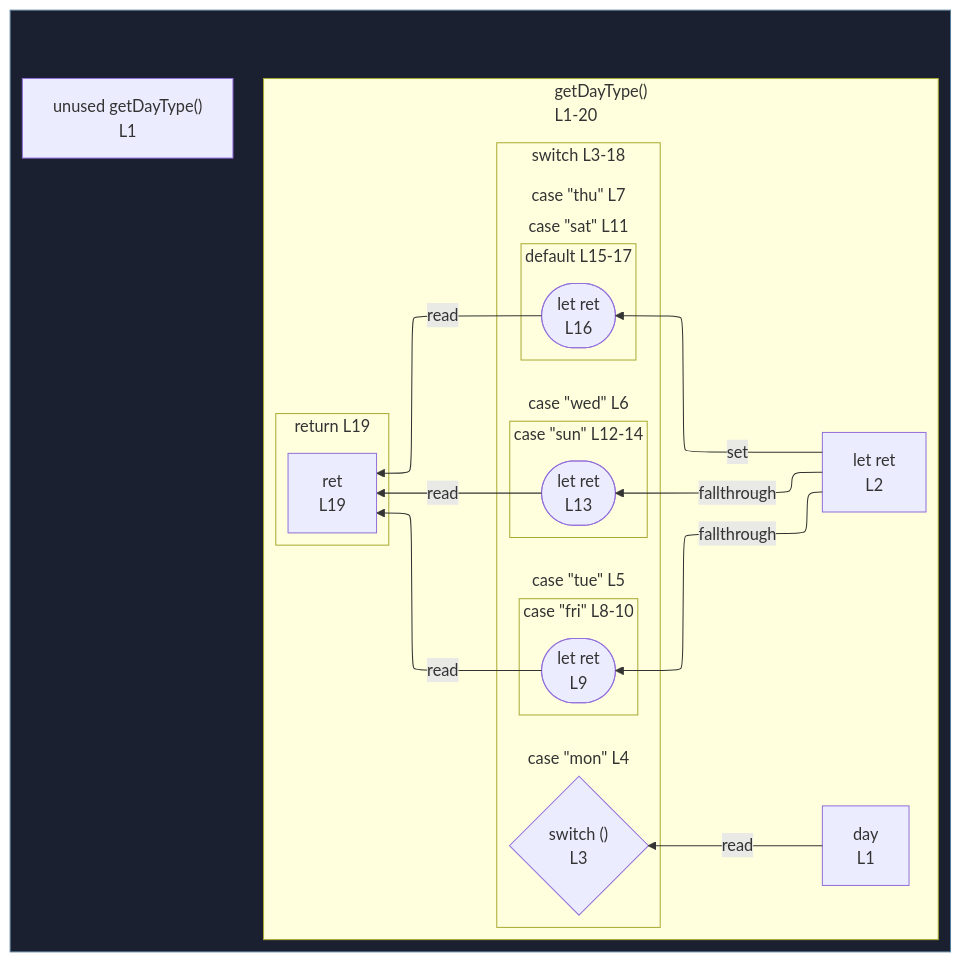
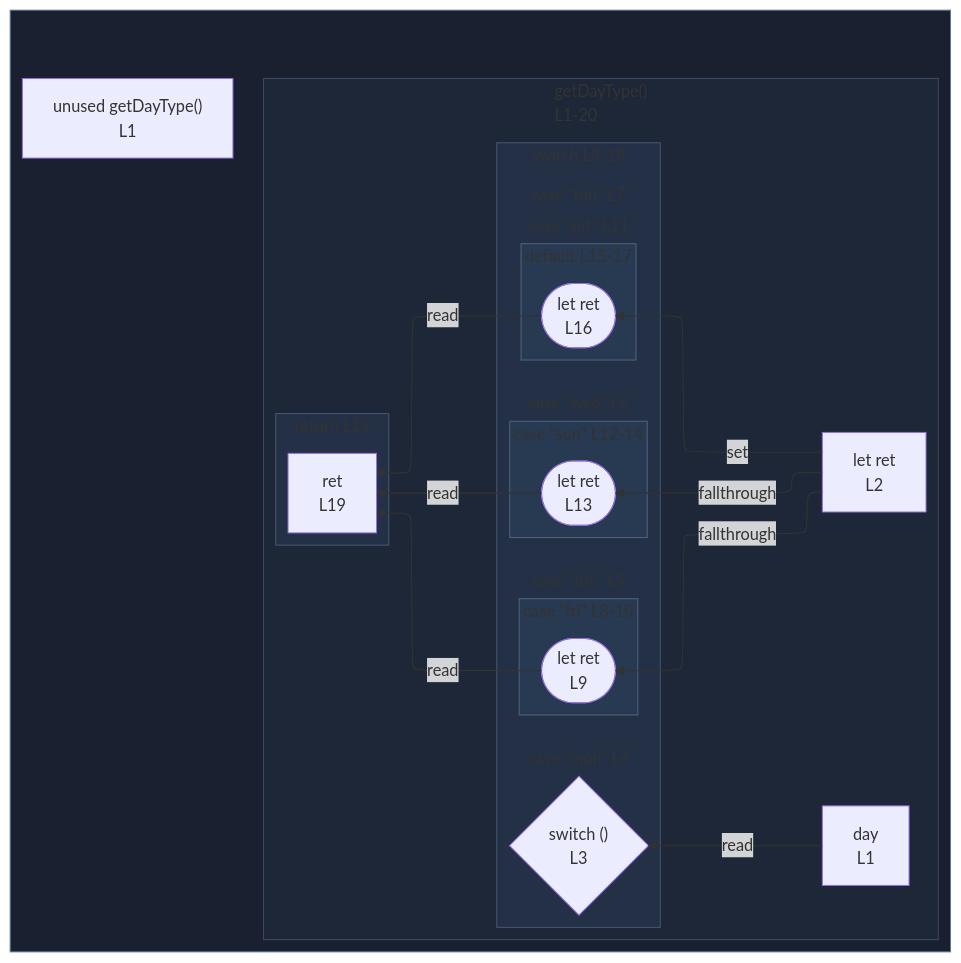
The diagram in integration/fixtures/function/declaration/grouped-switch-cases/preview.md (crescware/unsnarl), drawn with Mermaid before and after one commit. The commit also changed 249 other files, not shown here.

First line of the commit message:
Color Mermaid subgraphs by nesting depth via theme palette

````diff
--- a/integration/fixtures/function/declaration/grouped-switch-cases/preview.md
+++ b/integration/fixtures/function/declaration/grouped-switch-cases/preview.md
@@ -30,57 +30,71 @@
 ```mermaid
 %%{init: {"flowchart": {"defaultRenderer": "elk"}}}%%
 flowchart RL
   subgraph wrap_s_scope_1[" "]
     direction TB
     n_scope_0_getDayType_9["unused getDayType()<br/>L1"]
     subgraph s_scope_1["getDayType()<br/>L1-20"]
       direction RL
       n_scope_1_day_20["day<br/>L1"]
       n_scope_1_ret_33["let ret<br/>L2"]
       subgraph s_scope_2["switch L3-18"]
         direction RL
         switch_discriminant_scope_1_45{"switch ()<br/>L3"}
         subgraph s_scope_3["case &quot;mon&quot; L4"]
           direction RL
         end
         subgraph s_scope_4["case &quot;tue&quot; L5"]
           direction RL
         end
         subgraph s_scope_5["case &quot;wed&quot; L6"]
           direction RL
         end
         subgraph s_scope_6["case &quot;thu&quot; L7"]
           direction RL
         end
         subgraph s_scope_7["case &quot;fri&quot; L8-10"]
           direction RL
           wr_ref_2(["let ret<br/>L9"])
         end
         subgraph s_scope_8["case &quot;sat&quot; L11"]
           direction RL
         end
         subgraph s_scope_9["case &quot;sun&quot; L12-14"]
           direction RL
           wr_ref_3(["let ret<br/>L13"])
         end
         subgraph s_scope_10["default L15-17"]
           direction RL
           wr_ref_4(["let ret<br/>L16"])
         end
       end
       subgraph s_return_scope_0_getDayType_9_308_319["return L19"]
         direction RL
         ret_use_ref_5["ret<br/>L19"]
       end
     end
   end
   n_scope_1_ret_33 -->|fallthrough| wr_ref_2
   n_scope_1_ret_33 -->|fallthrough| wr_ref_3
   n_scope_1_ret_33 -->|set| wr_ref_4
   n_scope_1_day_20 -->|read| switch_discriminant_scope_1_45
   wr_ref_2 -->|read| ret_use_ref_5
   wr_ref_3 -->|read| ret_use_ref_5
   wr_ref_4 -->|read| ret_use_ref_5
   classDef fnWrap fill:#1a2030,stroke:#5a7d99;
   class wrap_s_scope_1 fnWrap;
+  classDef nestL1 fill:#1e2738,stroke:#3d4a63;
+  class s_scope_1 nestL1;
+  classDef nestL2 fill:#233045,stroke:#475670;
+  class s_scope_2 nestL2;
+  class s_return_scope_0_getDayType_9_308_319 nestL2;
+  classDef nestL3 fill:#283952,stroke:#51637d;
+  class s_scope_3 nestL3;
+  class s_scope_4 nestL3;
+  class s_scope_5 nestL3;
+  class s_scope_6 nestL3;
+  class s_scope_7 nestL3;
+  class s_scope_8 nestL3;
+  class s_scope_9 nestL3;
+  class s_scope_10 nestL3;
 ```
````
